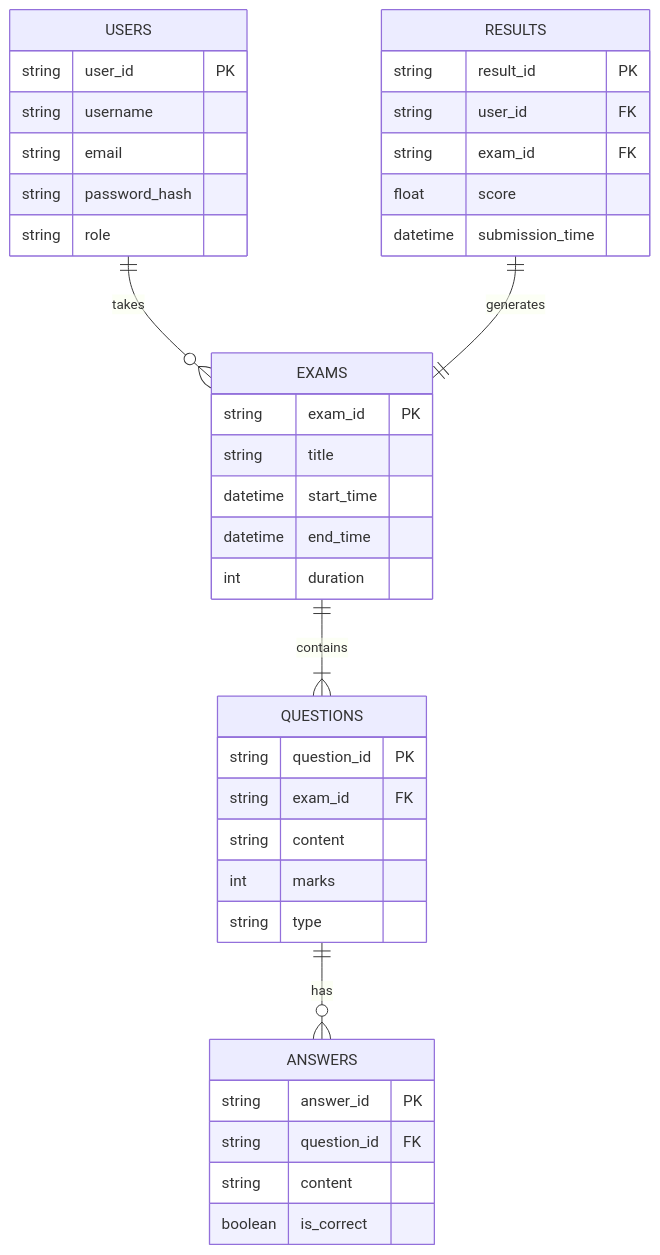
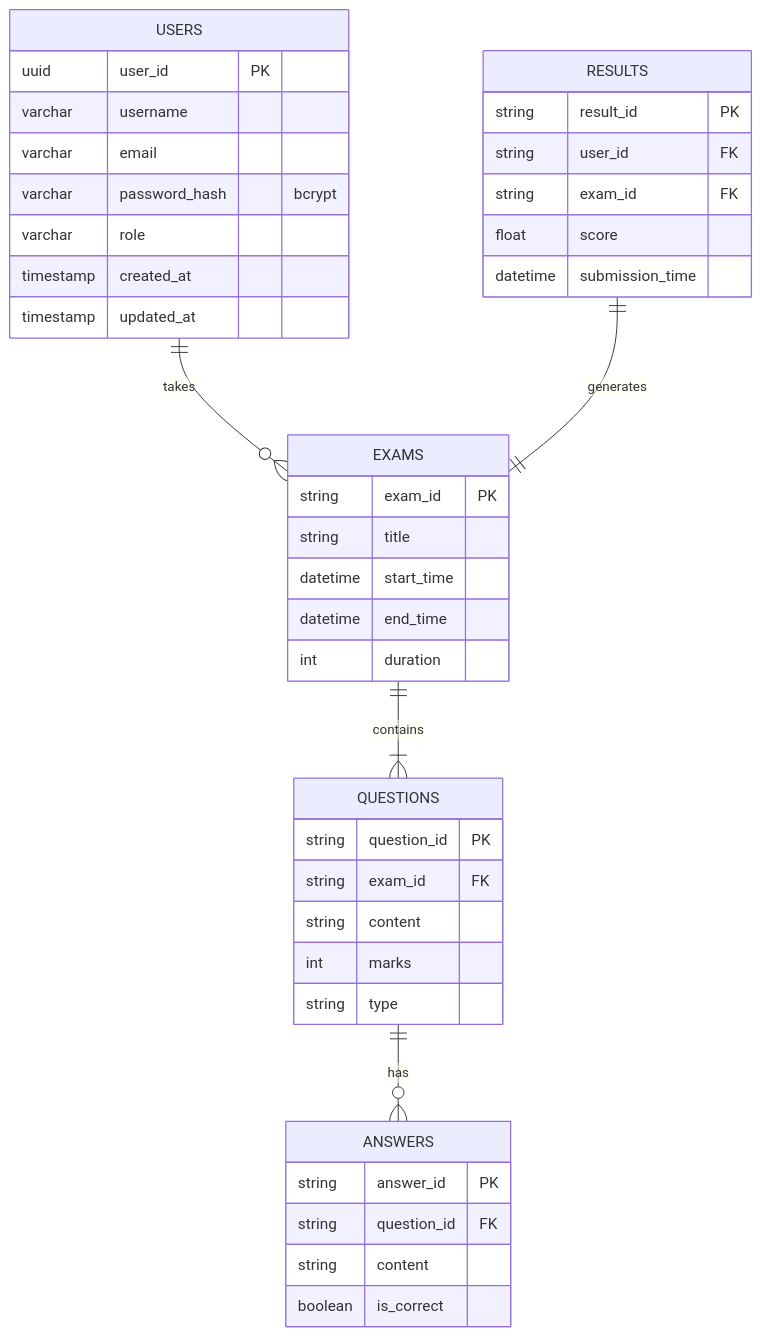
The sixth of 6 diagrams in tmp/diagrams.md (r04nx/obsidian), drawn with Mermaid before and after one commit. The commit also changed other lines of this file, not shown here.

````diff
--- a/tmp/diagrams.md
+++ b/tmp/diagrams.md
@@ -131,41 +142,43 @@
 ```mermaid
 erDiagram
     USERS ||--o{ EXAMS : takes
     USERS {
-        string user_id PK
-        string username
-        string email
-        string password_hash
-        string role
+        uuid user_id PK
+        varchar username
+        varchar email
+        varchar password_hash "bcrypt"
+        varchar role
+        timestamp created_at
+        timestamp updated_at
     }
     EXAMS ||--|{ QUESTIONS : contains
     EXAMS {
         string exam_id PK
         string title
         datetime start_time
         datetime end_time
         int duration
     }
     QUESTIONS ||--o{ ANSWERS : has
     QUESTIONS {
         string question_id PK
         string exam_id FK
         string content
         int marks
         string type
     }
     ANSWERS {
         string answer_id PK
         string question_id FK
         string content
         boolean is_correct
     }
     RESULTS ||--|| EXAMS : generates
     RESULTS {
         string result_id PK
         string user_id FK
         string exam_id FK
         float score
         datetime submission_time
     }
 ```
````
